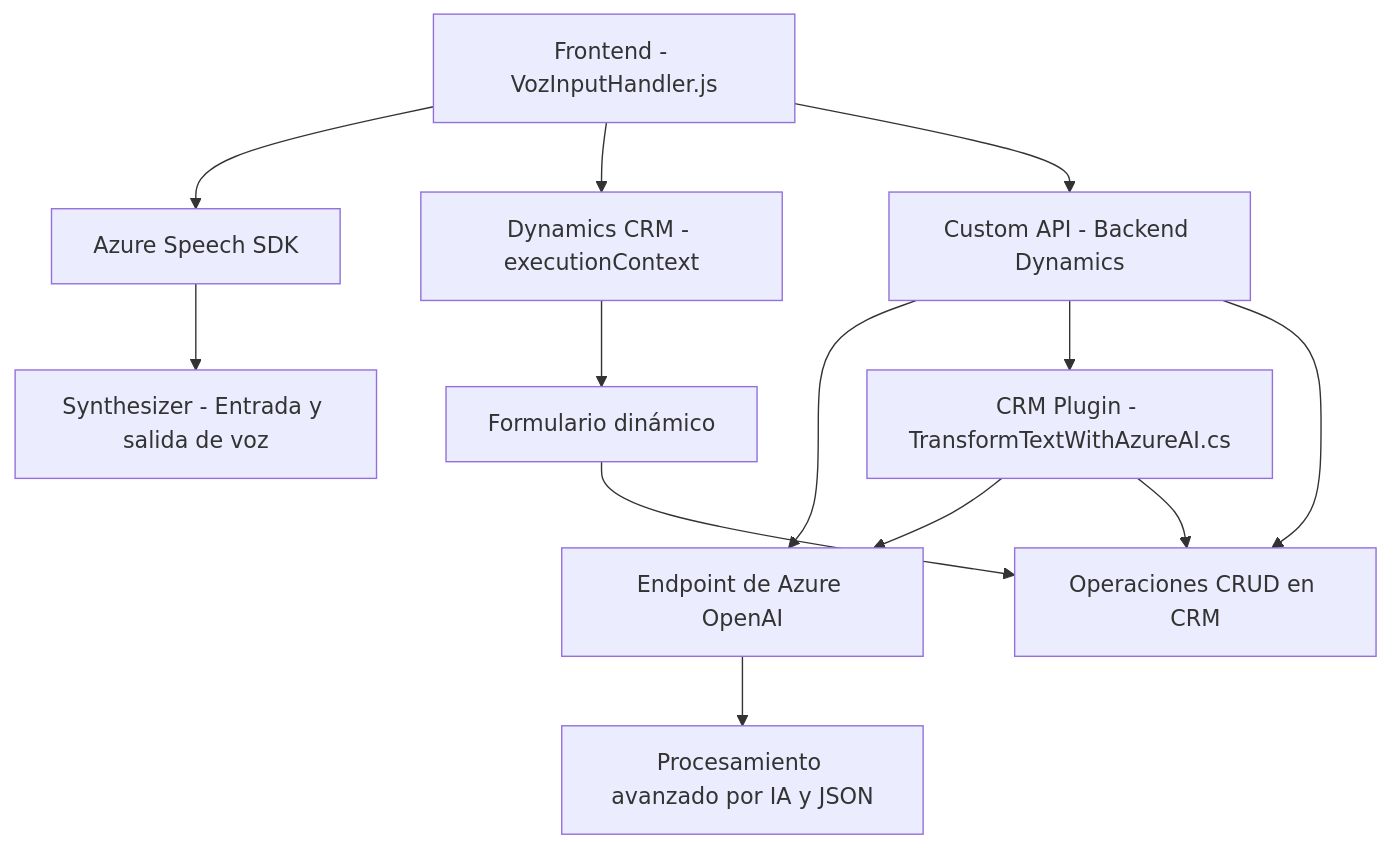
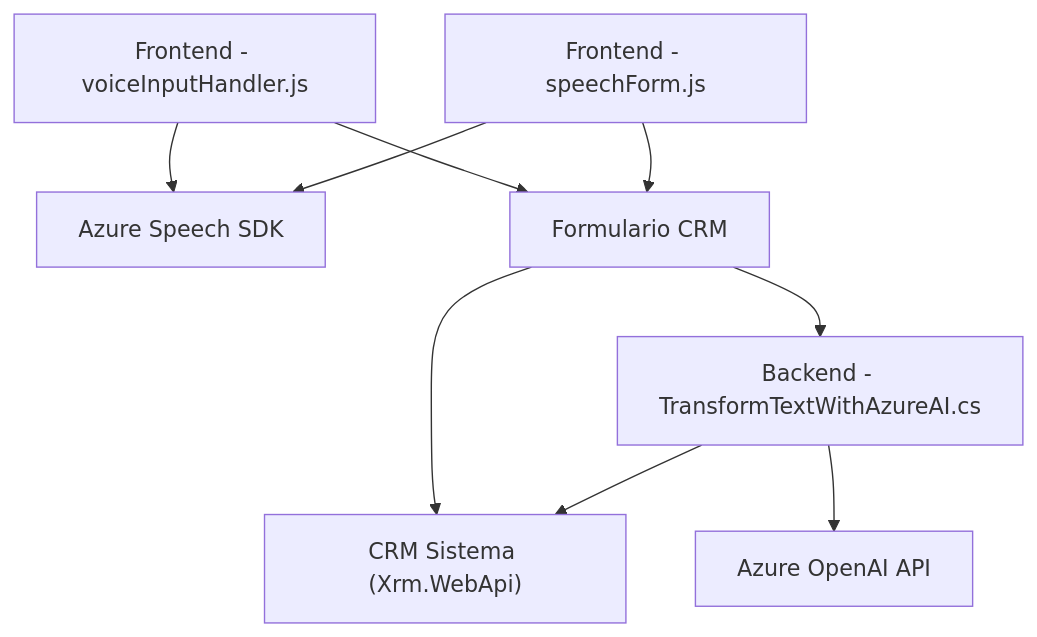
One commit to blopezdm/NETCORE_BILBAO2025 changed the diagram in README.md. Above: the diagram before and after it, drawn with Mermaid. The commit also changed other lines of this file, not shown here.

````diff
--- a/README.md
+++ b/README.md
@@ -44,15 +32,20 @@
 ```mermaid
 graph TD
-    A["Frontend - VozInputHandler.js"] --> B["Azure Speech SDK"]
-    A --> C["Dynamics CRM - executionContext"]
-    A --> D["Custom API - Backend Dynamics"]
-    D --> E["API Azure OpenAI GPT"]
-    D --> F["CRM Plugin - TransformTextWithAzureAI.cs"]
-    F --> E["Endpoint de Azure OpenAI"]
-    B --> G["Synthesizer - Entrada y salida de voz"]
-    C --> H["Formulario dinámico"]
-    D --> I["Contexto del CRM"]
-    H --> I
-    E --> J["Procesamiento avanzado por IA y JSON"]
-    F --> I["Operaciones CRUD en CRM"]
+    A["Frontend - voiceInputHandler.js"]
+    B["Frontend - speechForm.js"]
+    C["Backend - TransformTextWithAzureAI.cs"]
+    D["Azure Speech SDK"]
+    E["Azure OpenAI API"]
+    F["CRM Sistema (Xrm.WebApi)"]
+    G["Formulario CRM"]
+
+    A --> D
+    B --> D
+    A --> G
+    B --> G
+    G --> F
+
+    C --> E
+    C --> F
+    G --> C
 ```
````
